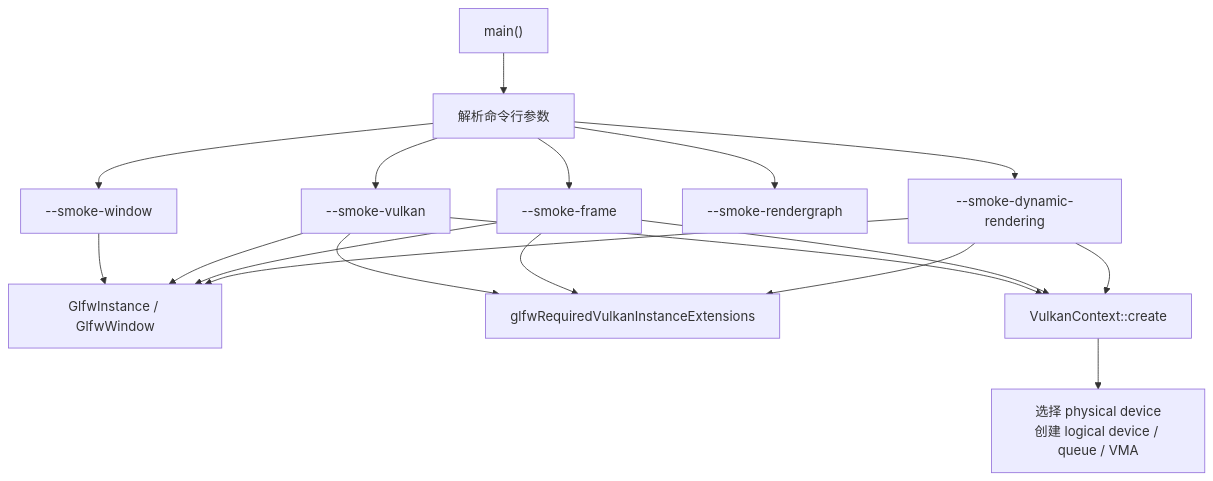
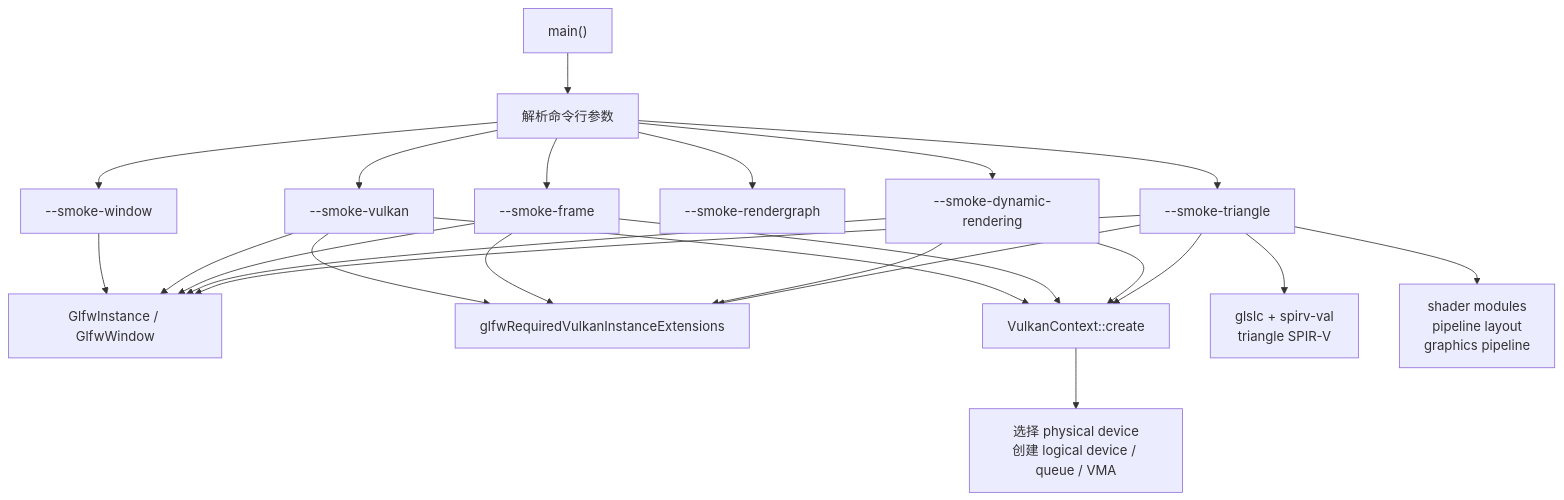
The second of 9 diagrams in docs/flow-architecture.md (66six11/Engine), drawn with Mermaid before and after one commit. The commit also changed other lines of this file and 11 other files, not shown here.

Commit message:
Add triangle pipeline smoke

````diff
--- a/docs/flow-architecture.md
+++ b/docs/flow-architecture.md
@@ -58,32 +58,41 @@
 ```mermaid
 flowchart TD
     Start["main()"]
     Args["解析命令行参数"]
     WindowSmoke["--smoke-window"]
     VulkanSmoke["--smoke-vulkan"]
     FrameSmoke["--smoke-frame"]
     RGSmoke["--smoke-rendergraph"]
     DynamicSmoke["--smoke-dynamic-rendering"]
+    TriangleSmoke["--smoke-triangle"]
     GLFW["GlfwInstance / GlfwWindow"]
     Ext["glfwRequiredVulkanInstanceExtensions"]
     Context["VulkanContext::create"]
     Device["选择 physical device<br/>创建 logical device / queue / VMA"]
+    ShaderBuild["glslc + spirv-val<br/>triangle SPIR-V"]
+    Pipeline["shader modules<br/>pipeline layout<br/>graphics pipeline"]
 
     Start --> Args
     Args --> WindowSmoke
     Args --> VulkanSmoke
     Args --> FrameSmoke
     Args --> RGSmoke
     Args --> DynamicSmoke
+    Args --> TriangleSmoke
     WindowSmoke --> GLFW
     VulkanSmoke --> GLFW
     VulkanSmoke --> Ext
     VulkanSmoke --> Context
     FrameSmoke --> GLFW
     FrameSmoke --> Ext
     FrameSmoke --> Context
     DynamicSmoke --> GLFW
     DynamicSmoke --> Ext
     DynamicSmoke --> Context
+    TriangleSmoke --> GLFW
+    TriangleSmoke --> Ext
+    TriangleSmoke --> Context
+    TriangleSmoke --> ShaderBuild
+    TriangleSmoke --> Pipeline
     Context --> Device
 ```
````
